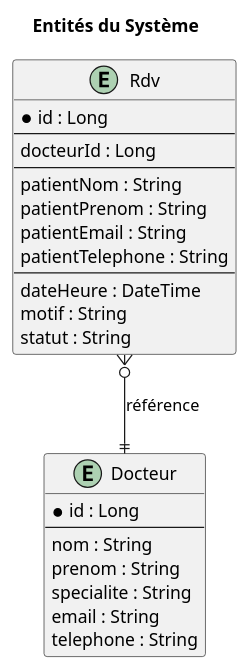
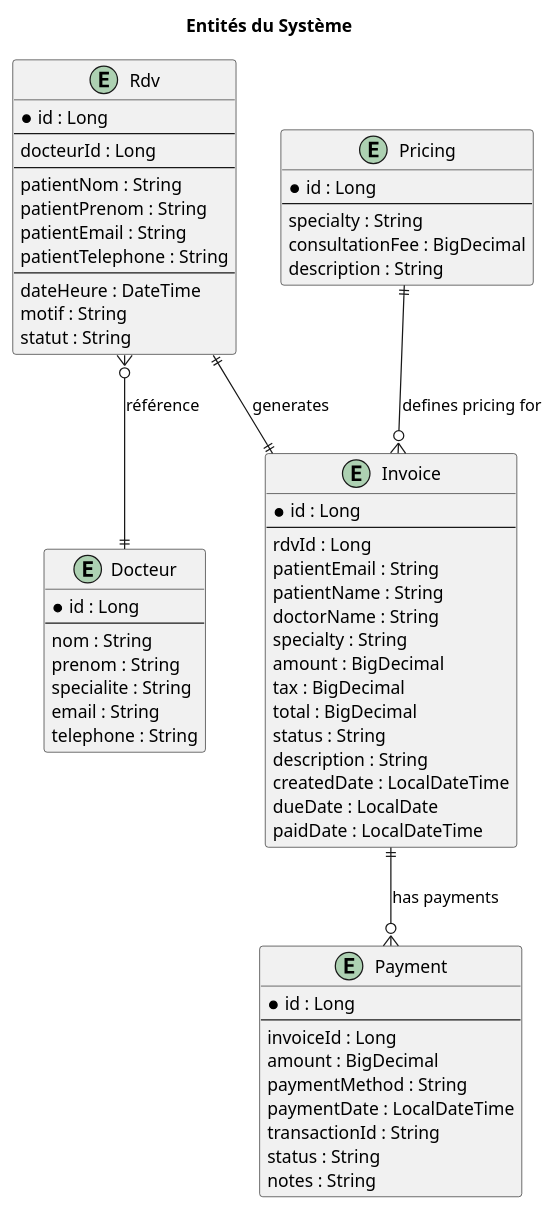
Before and after one commit to sohaibmokhliss/microservices-medical-appointment: the diagram in diagrams/2-modele-entites.puml, drawn with PlantUML. The commit also changed 3 other files, not shown here.

Commit message:
Update PlantUML diagrams to include billing-service

```diff
--- a/diagrams/2-modele-entites.puml
+++ b/diagrams/2-modele-entites.puml
@@ -1,33 +1,74 @@
 @startuml Modèle de Données
 
 skinparam backgroundColor white
 title Entités du Système
 
 entity Docteur {
     * id : Long
     --
     nom : String
     prenom : String
     specialite : String
     email : String
     telephone : String
 }
 
 entity Rdv {
     * id : Long
     --
     docteurId : Long
     --
     patientNom : String
     patientPrenom : String
     patientEmail : String
     patientTelephone : String
     --
     dateHeure : DateTime
     motif : String
     statut : String
 }
 
+entity Invoice {
+    * id : Long
+    --
+    rdvId : Long
+    patientEmail : String
+    patientName : String
+    doctorName : String
+    specialty : String
+    amount : BigDecimal
+    tax : BigDecimal
+    total : BigDecimal
+    status : String
+    description : String
+    createdDate : LocalDateTime
+    dueDate : LocalDate
+    paidDate : LocalDateTime
+}
+
+entity Payment {
+    * id : Long
+    --
+    invoiceId : Long
+    amount : BigDecimal
+    paymentMethod : String
+    paymentDate : LocalDateTime
+    transactionId : String
+    status : String
+    notes : String
+}
+
+entity Pricing {
+    * id : Long
+    --
+    specialty : String
+    consultationFee : BigDecimal
+    description : String
+}
+
 Rdv }o--|| Docteur : référence
+Rdv ||--|| Invoice : generates
+Invoice ||--o{ Payment : "has payments"
+Pricing ||--o{ Invoice : "defines pricing for"
 
 @enduml
```
